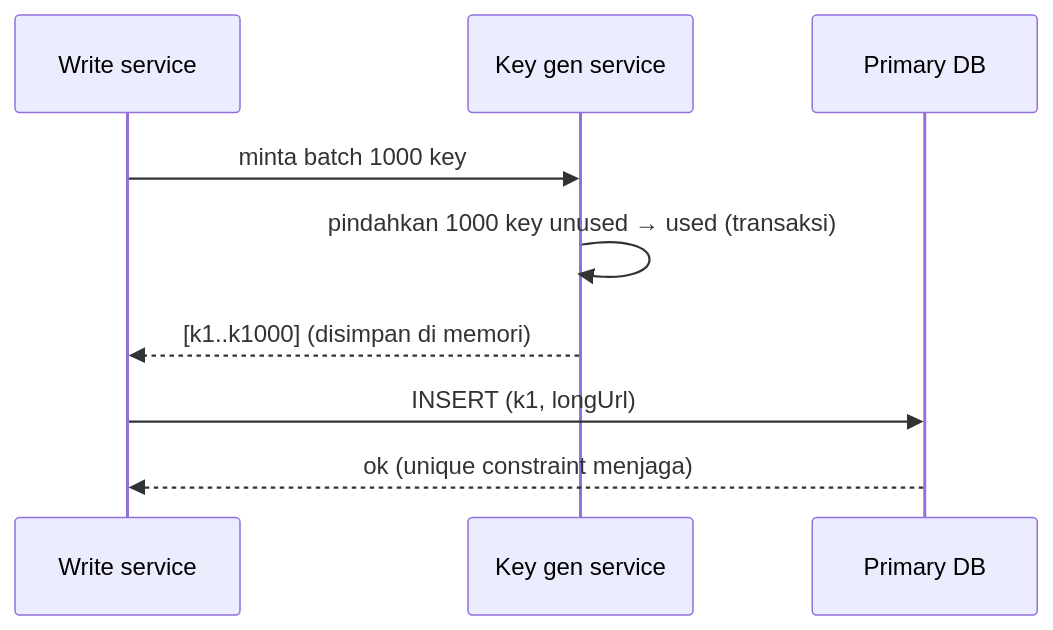
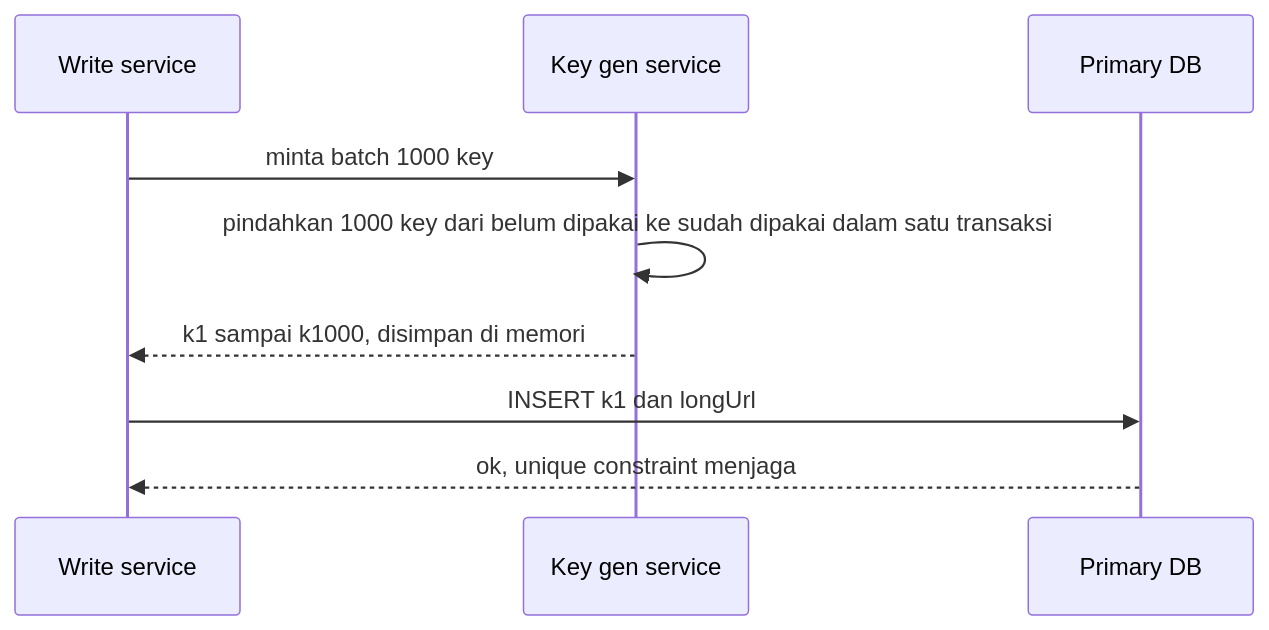
Before and after one commit to andreanpradanaa/sysdesign-lab: the second of 2 diagrams in src/content/lessons/bagian-3/tinyurl.mdx, drawn with Mermaid. The commit also changed other lines of this file and 17 other files, not shown here.

````diff
--- a/src/content/lessons/bagian-3/tinyurl.mdx
+++ b/src/content/lessons/bagian-3/tinyurl.mdx
@@ -221,11 +235,11 @@
 ```mermaid
 sequenceDiagram
   participant WS as Write service
   participant KGS as Key gen service
   participant DB as Primary DB
   WS->>KGS: minta batch 1000 key
-  KGS->>KGS: pindahkan 1000 key unused → used (transaksi)
-  KGS-->>WS: [k1..k1000] (disimpan di memori)
-  WS->>DB: INSERT (k1, longUrl)
-  DB-->>WS: ok (unique constraint menjaga)
+  KGS->>KGS: pindahkan 1000 key dari belum dipakai ke sudah dipakai dalam satu transaksi
+  KGS-->>WS: k1 sampai k1000, disimpan di memori
+  WS->>DB: INSERT k1 dan longUrl
+  DB-->>WS: ok, unique constraint menjaga
 ```
````
